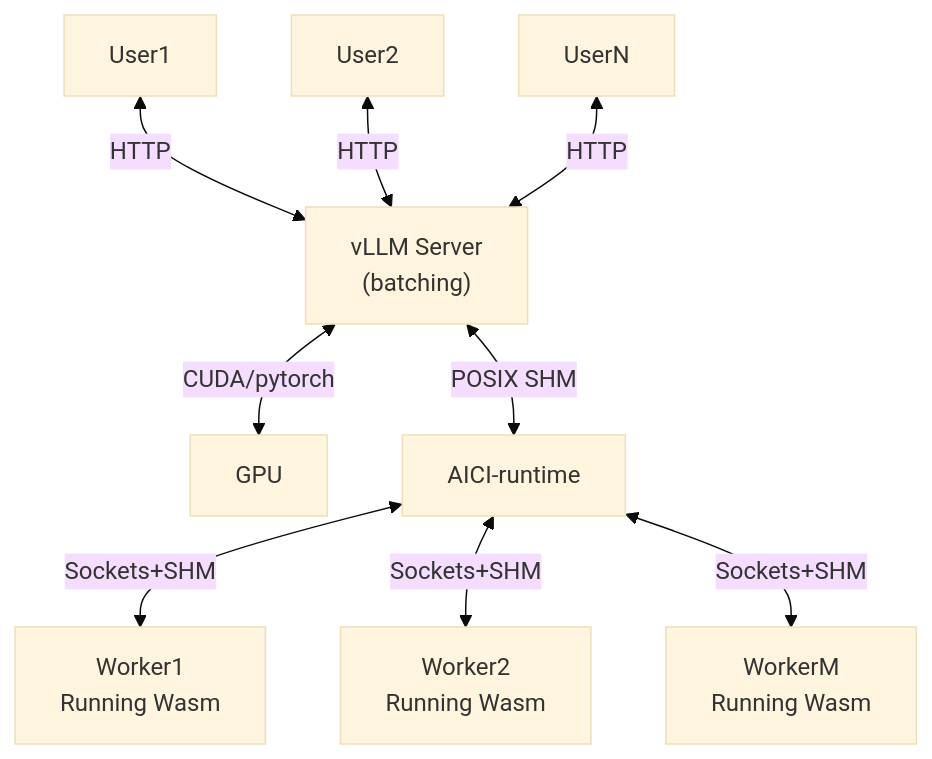
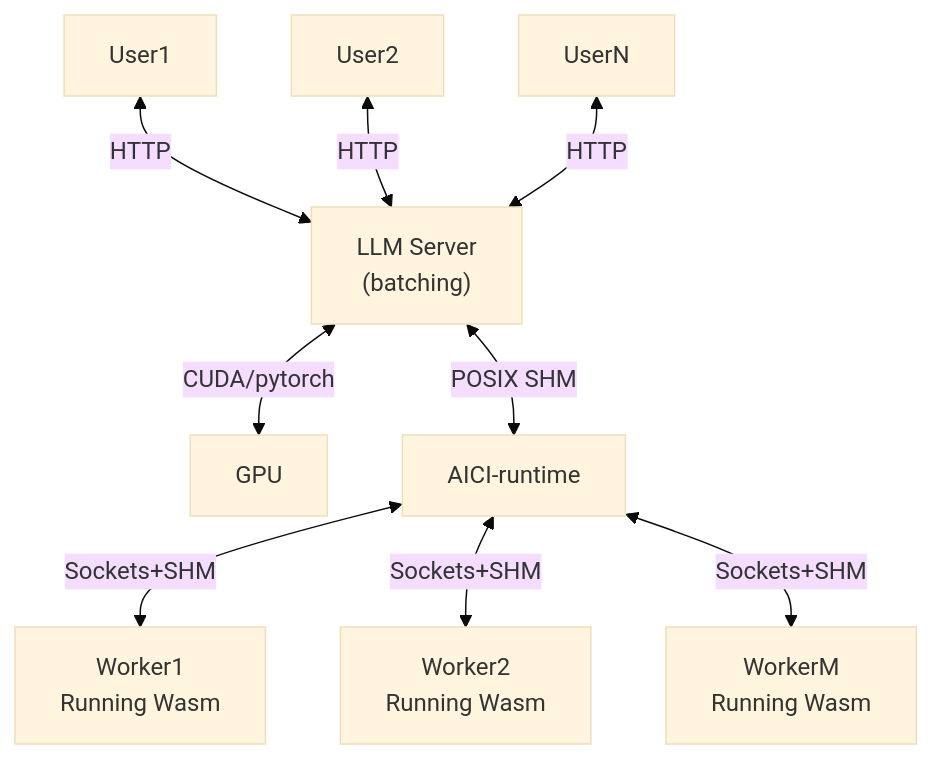
One commit to microsoft/aici changed the first of 3 diagrams in aicirt/README.md. Above: the diagram before and after it, drawn with Mermaid (base theme). The commit also changed other lines of this file and 2 other files, not shown here.

````diff
--- a/aicirt/README.md
+++ b/aicirt/README.md
@@ -5,11 +5,11 @@
 ```mermaid
 graph TD
-    User1 <-- HTTP --> vLLM
-    User2 <-- HTTP --> vLLM
-    UserN <-- HTTP --> vLLM["vLLM Server<br>(batching)"]
-    vLLM <-- CUDA/pytorch --> GPU
-    vLLM <-- POSIX SHM --> aicirt[AICI-runtime]
+    User1 <-- HTTP --> LLM
+    User2 <-- HTTP --> LLM
+    UserN <-- HTTP --> LLM["LLM Server<br>(batching)"]
+    LLM <-- CUDA/pytorch --> GPU
+    LLM <-- POSIX SHM --> aicirt[AICI-runtime]
     aicirt <-- Sockets+SHM --> Worker1[Worker1<br>Running Wasm]
     aicirt <-- Sockets+SHM --> Worker2[Worker2<br>Running Wasm]
     aicirt <-- Sockets+SHM --> WorkerM[WorkerM<br>Running Wasm]
 ```
````
